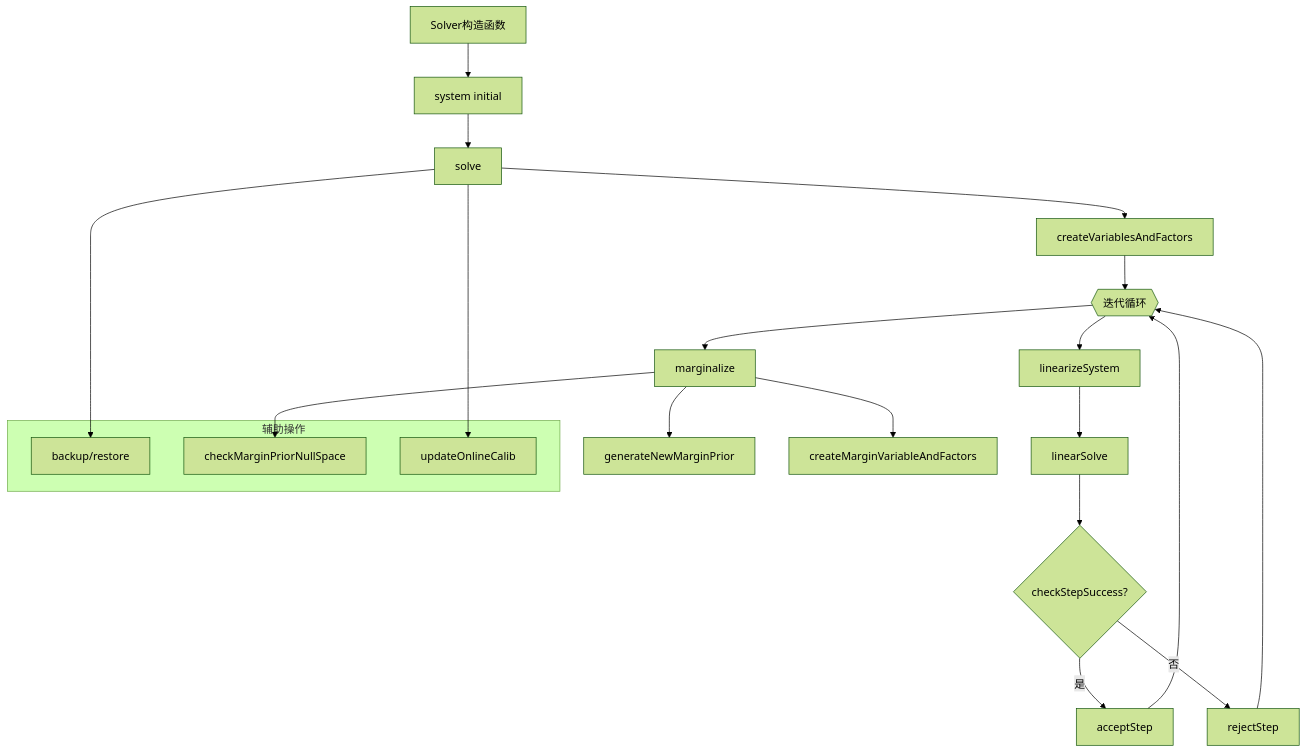
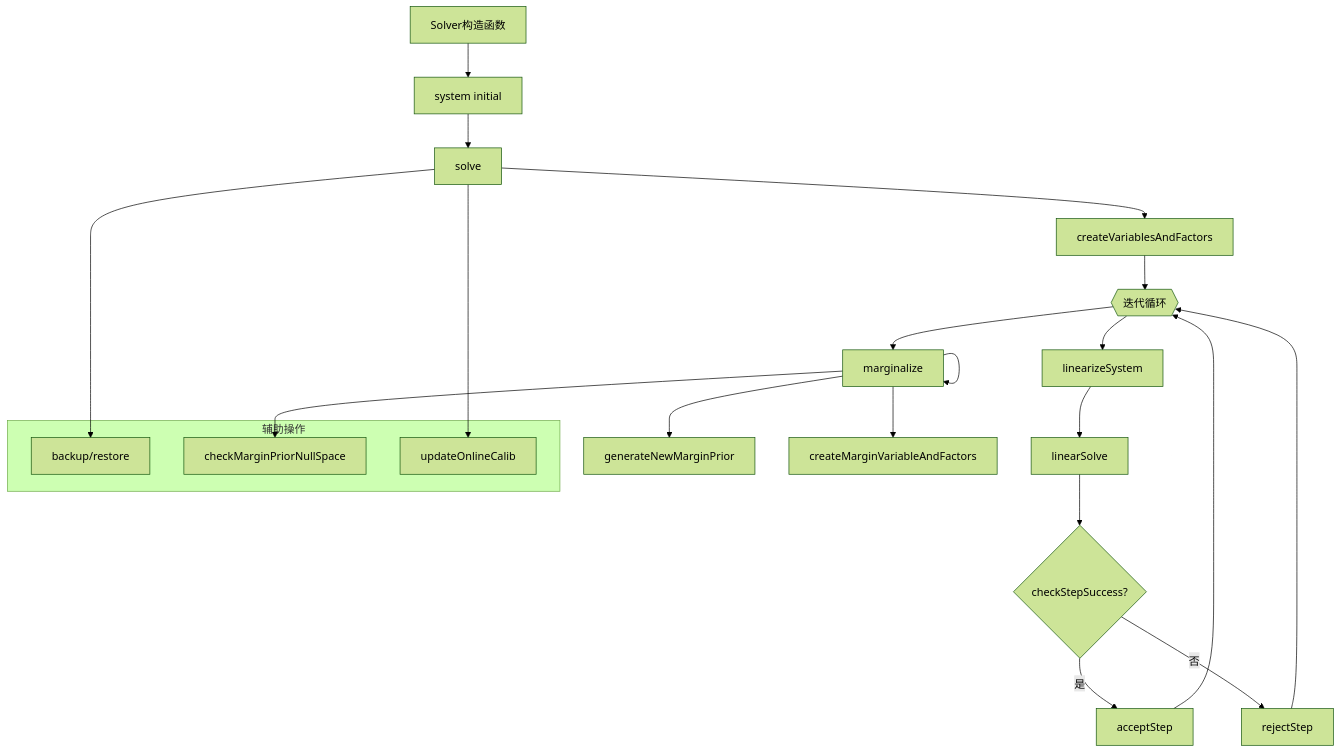
One commit to huzixuan1/iodraw-files changed the diagram in all/未命名-2.md. Above: the diagram before and after it, drawn with Mermaid (forest theme).

Commit message:
2025-04-17 09:25:18 update

````diff
--- a/all/未命名-2.md
+++ b/all/未命名-2.md
@@ -1,28 +1,28 @@
 ```mermaid
 
 graph TD
     A[Solver构造函数] --> B[system initial]
     B --> C[solve]
     C --> D[createVariablesAndFactors]
     D --> E{{迭代循环}}
     E --> F[linearizeSystem]
     F --> G[linearSolve]
     G --> H{checkStepSuccess?}
     H -- 是 --> I[acceptStep]
     H -- 否 --> J[rejectStep]
     I --> E
     J --> E
     E --> K[marginalize]
-    K[marginalize] 
+    K[marginalize] --> 
     K --> L[generateNewMarginPrior]
     K --> M[createMarginVariableAndFactors]
     
     subgraph 辅助操作
         N[backup/restore]
         O[checkMarginPriorNullSpace]
         P[updateOnlineCalib]
     end
     C --> N
     K --> O
     C --> P
 ```
````
